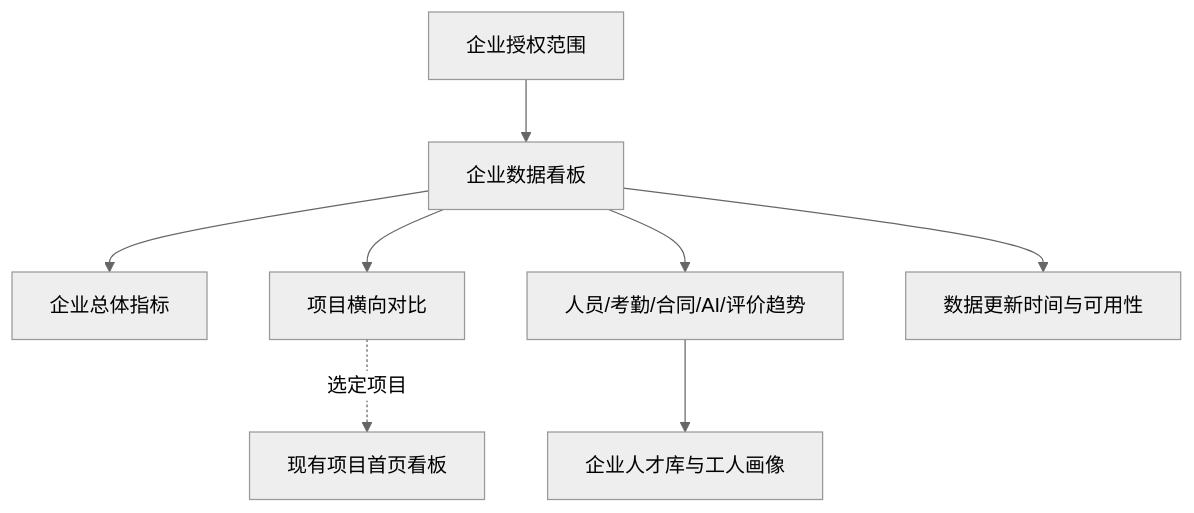
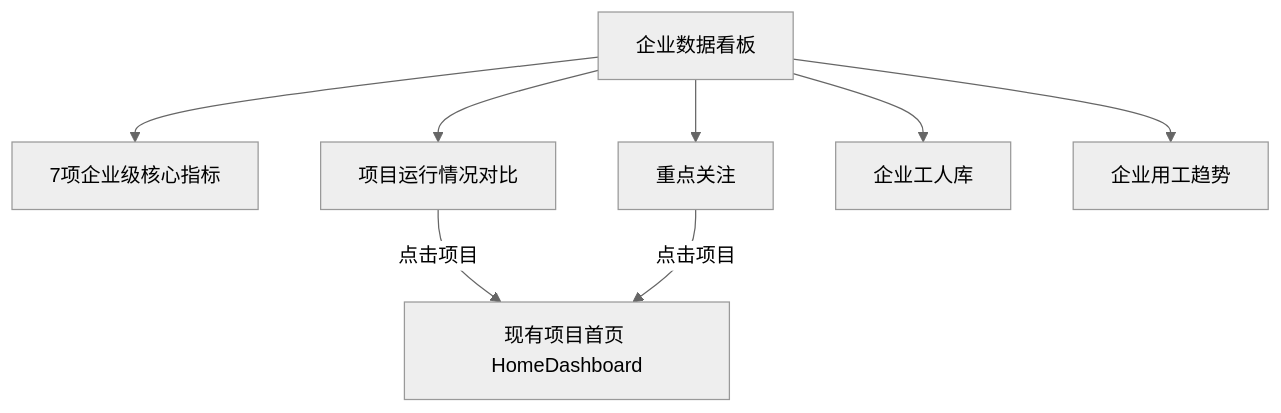
One commit to erya1991/worker-Portrait-and-homepage changed the diagram in 企业级数据看板_前端页面开发设计方案_V1.md. Above: the diagram before and after it, drawn with Mermaid (neutral theme). The commit also changed other lines of this file and 8 other files, not shown here.

````diff
--- a/企业级数据看板_前端页面开发设计方案_V1.md
+++ b/企业级数据看板_前端页面开发设计方案_V1.md
@@ -75,10 +52,10 @@
 ```mermaid
 flowchart TB
-    A[企业授权范围] --> B[企业数据看板]
-    B --> C[企业总体指标]
-    B --> D[项目横向对比]
-    B --> E[人员/考勤/合同/AI/评价趋势]
-    B --> F[数据更新时间与可用性]
-    D -. 选定项目 .-> G[现有项目首页看板]
-    E --> H[企业人才库与工人画像]
+    A[企业数据看板] --> B[7项企业级核心指标]
+    A --> C[项目运行情况对比]
+    A --> D[重点关注]
+    A --> E[企业工人库]
+    A --> F[企业用工趋势]
+    C -->|点击项目| G[现有项目首页 HomeDashboard]
+    D -->|点击项目| G
 ```
````
